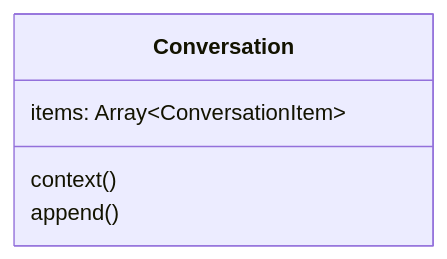
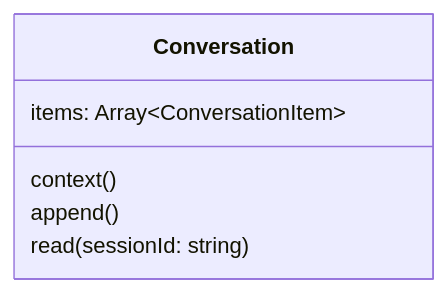
One commit to maozy13/walle changed the first of 2 diagrams in design/conversation.md. Above: the diagram before and after it, drawn with Mermaid. The commit also changed other lines of this file and 10 other files, not shown here.

````diff
--- a/design/conversation.md
+++ b/design/conversation.md
@@ -5,9 +5,10 @@
 ```mermaid
 classDiagram
 
 class Conversation {
     items: Array~ConversationItem~
     context()
     append()
+    read(sessionId: string)
 }
 ```
````
